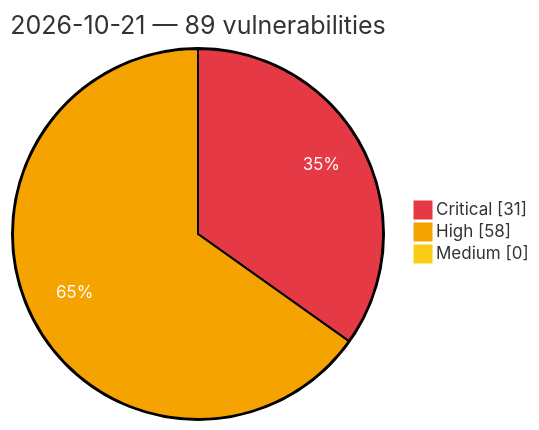
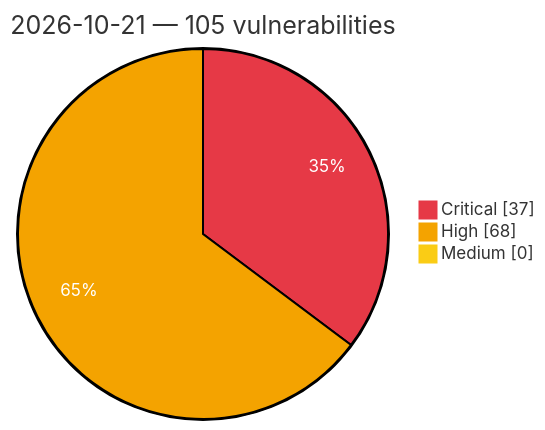
One commit to GhostX0X/vuln-tracker changed the diagram in vulnerabilities/2026/October/2026-10-21.md. Above: the diagram before and after it, drawn with Mermaid. The commit also changed other lines of this file and 5 other files, not shown here.

Commit message:
Auto update: critical/high vulns (2026-10-22 00:40 UTC)

````diff
--- a/vulnerabilities/2026/October/2026-10-21.md
+++ b/vulnerabilities/2026/October/2026-10-21.md
@@ -3,8 +3,8 @@
 ```mermaid
 %%{init: {'theme':'base', 'themeVariables': {'pie1':'#e63946', 'pie2':'#f4a300', 'pie3':'#facc15', 'pieOpacity':'1', 'pieOuterStrokeWidth':'2px', 'pieSectionTextColor':'#ffffff'}}}%%
 pie showData
-    title 2026-10-21 — 89 vulnerabilities
-    "Critical" : 31
-    "High" : 58
+    title 2026-10-21 — 105 vulnerabilities
+    "Critical" : 37
+    "High" : 68
     "Medium" : 0
 ```
````
